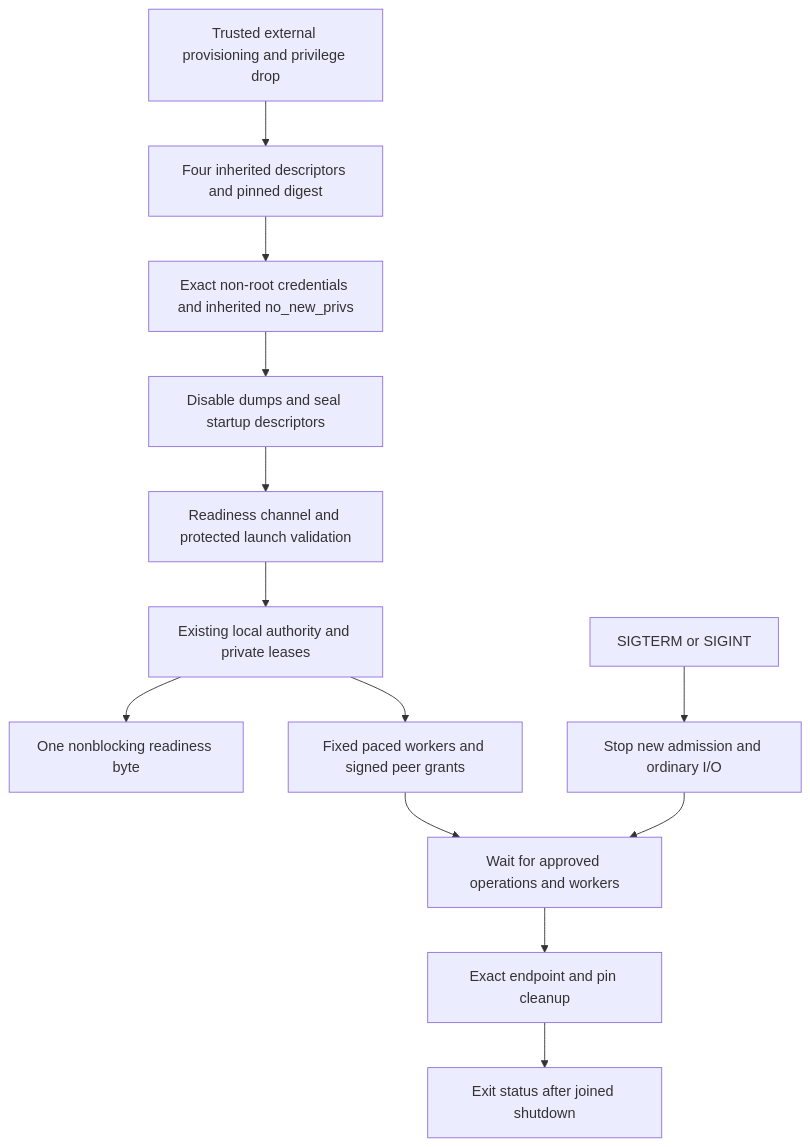
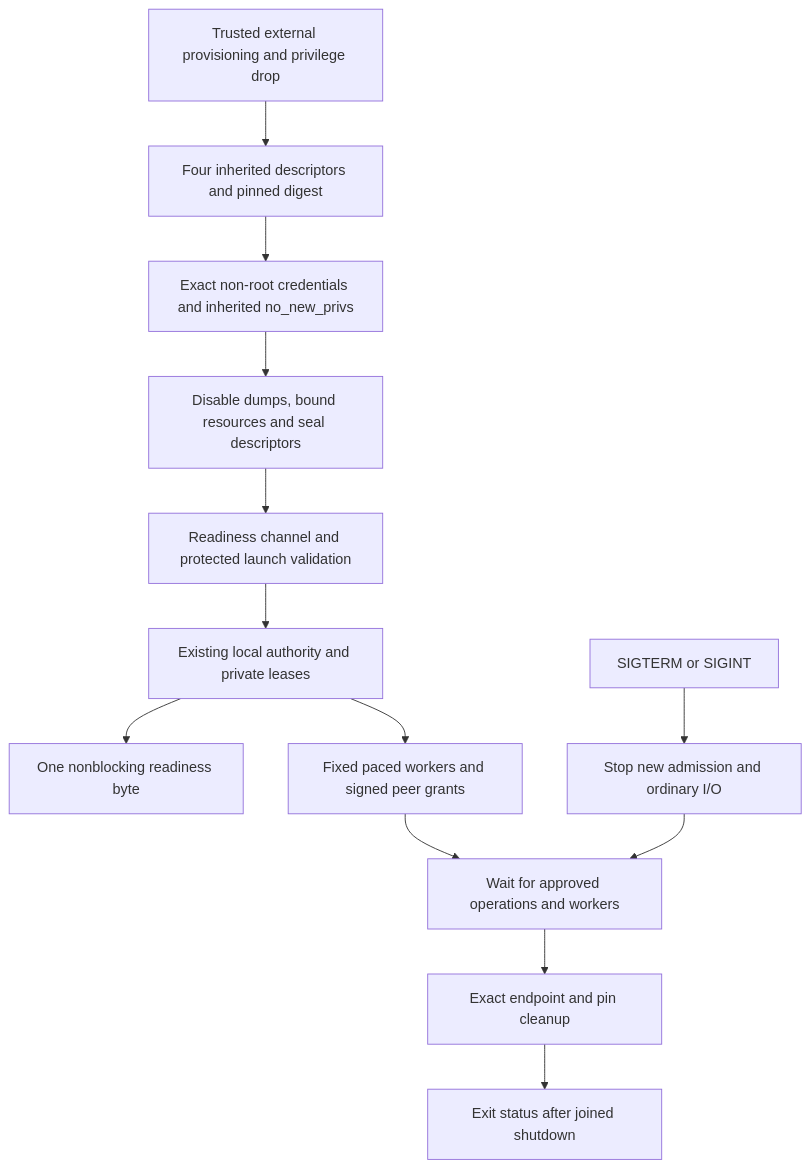
Before and after one commit to duggytuxy/syswarden: the diagram in docs/v5/AUTHORITY_PROCESS.md, drawn with Mermaid. The commit also changed other lines of this file and 19 other files, not shown here.

Commit message:
Refactor : bound v5 authority process resources (#361)

````diff
--- a/docs/v5/AUTHORITY_PROCESS.md
+++ b/docs/v5/AUTHORITY_PROCESS.md
@@ -107,15 +108,15 @@
 ```mermaid
 flowchart TD
     L[Trusted external provisioning and privilege drop] --> F[Four inherited descriptors and pinned digest]
     F --> G[Exact non-root credentials and inherited no_new_privs]
-    G --> H[Disable dumps and seal startup descriptors]
+    G --> H[Disable dumps, bound resources and seal descriptors]
     H --> V[Readiness channel and protected launch validation]
     V --> S[Existing local authority and private leases]
     S --> R[One nonblocking readiness byte]
     S --> W[Fixed paced workers and signed peer grants]
     T[SIGTERM or SIGINT] --> C[Stop new admission and ordinary I/O]
     C --> D[Wait for approved operations and workers]
     W --> D
     D --> E[Exact endpoint and pin cleanup]
     E --> X[Exit status after joined shutdown]
 ```
````
